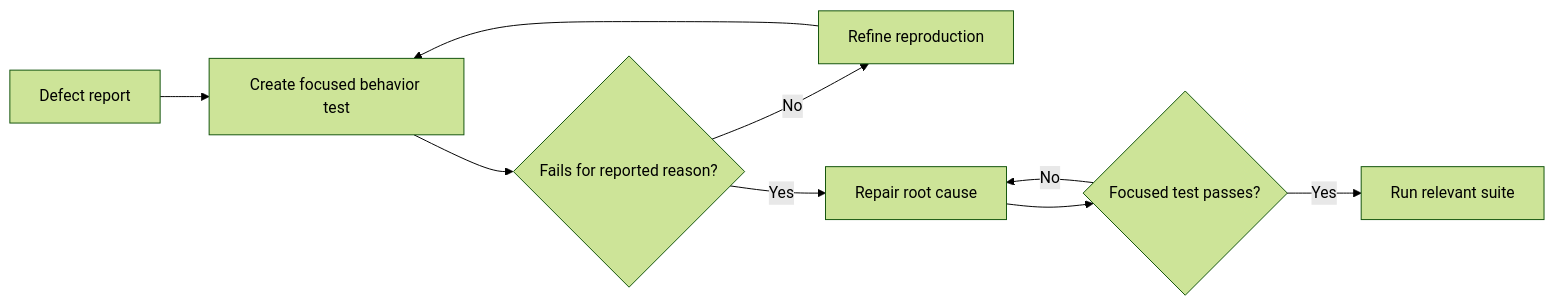
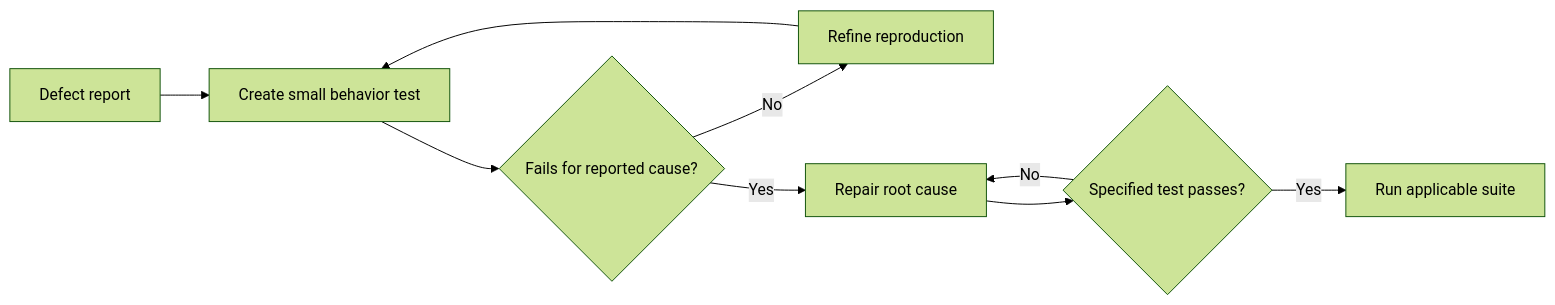
One commit to HomericIntelligence/Athena changed the diagram in docs/principles/details/p026-regression-before-repair.md. Above: the diagram before and after it, drawn with Mermaid (forest theme). The commit also changed other lines of this file and 91 other files, not shown here.

````diff
--- a/docs/principles/details/p026-regression-before-repair.md
+++ b/docs/principles/details/p026-regression-before-repair.md
@@ -34,11 +35,11 @@
 ```mermaid
 flowchart LR
-    Report["Defect report"] --> Test["Create focused behavior test"]
-    Test --> Red{"Fails for reported reason?"}
+    Report["Defect report"] --> Test["Create small behavior test"]
+    Test --> Red{"Fails for reported cause?"}
     Red -->|No| Refine["Refine reproduction"]
     Refine --> Test
     Red -->|Yes| Repair["Repair root cause"]
-    Repair --> Green{"Focused test passes?"}
+    Repair --> Green{"Specified test passes?"}
     Green -->|No| Repair
-    Green -->|Yes| Suite["Run relevant suite"]
+    Green -->|Yes| Suite["Run applicable suite"]
 ```
````
